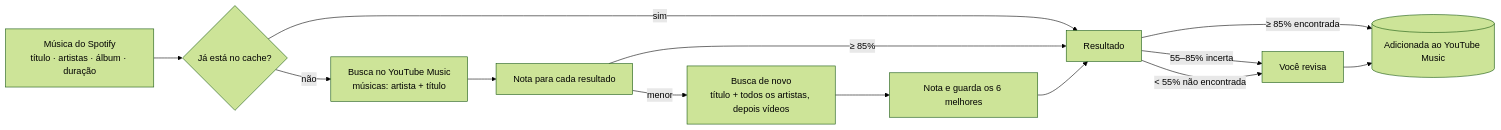
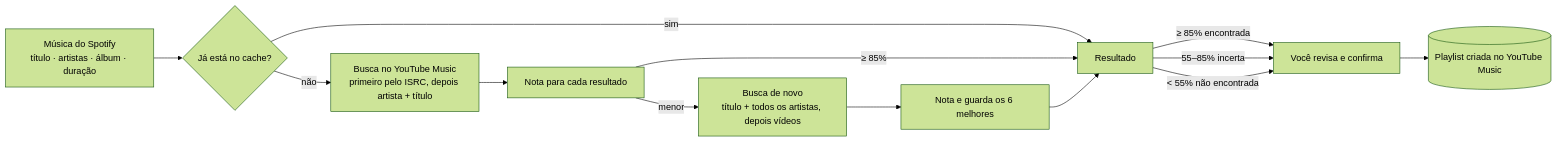
Before and after one commit to dgolveira/spot2ytm: the diagram in README.pt-BR.md, drawn with Mermaid (forest theme). The commit also changed other lines of this file and 17 other files, not shown here.

````diff
--- a/README.pt-BR.md
+++ b/README.pt-BR.md
@@ -179,15 +191,15 @@
 ```mermaid
 flowchart LR
     A[Música do Spotify<br/>título · artistas · álbum · duração] --> B{Já está no cache?}
     B -- sim --> R
-    B -- não --> C[Busca no YouTube Music<br/>músicas: artista + título]
+    B -- não --> C[Busca no YouTube Music<br/>primeiro pelo ISRC, depois artista + título]
     C --> D[Nota para cada resultado]
     D -- "≥ 85%" --> R[Resultado]
     D -- "menor" --> E[Busca de novo<br/>título + todos os artistas, depois vídeos]
     E --> D2[Nota e guarda os 6 melhores]
     D2 --> R
-    R -- "≥ 85% encontrada" --> Y[(Adicionada ao YouTube Music)]
-    R -- "55–85% incerta" --> V[Você revisa]
+    R -- "≥ 85% encontrada" --> V[Você revisa e confirma]
+    R -- "55–85% incerta" --> V
     R -- "< 55% não encontrada" --> V
-    V --> Y
+    V --> Y[(Playlist criada no YouTube Music)]
 ```
````
